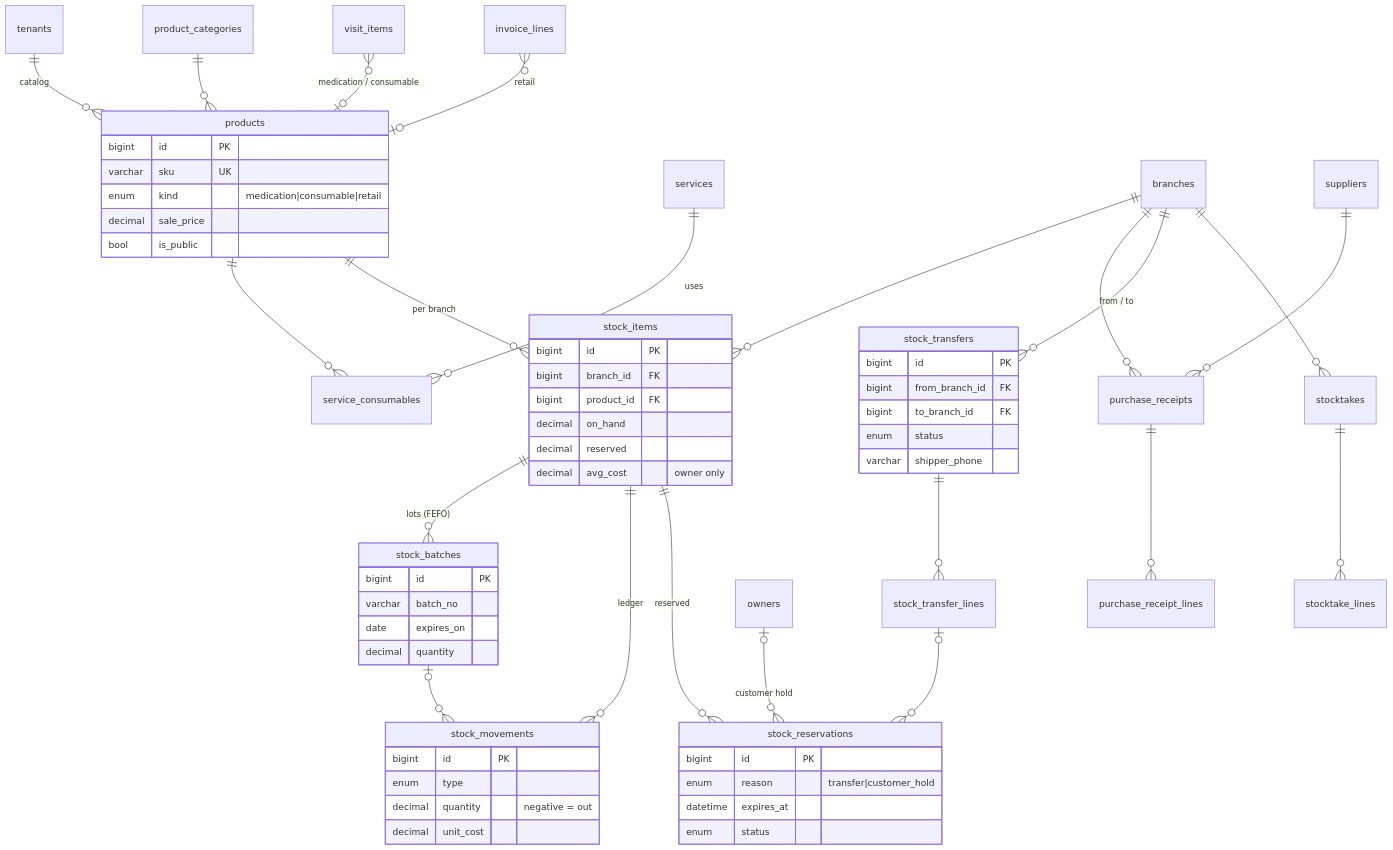
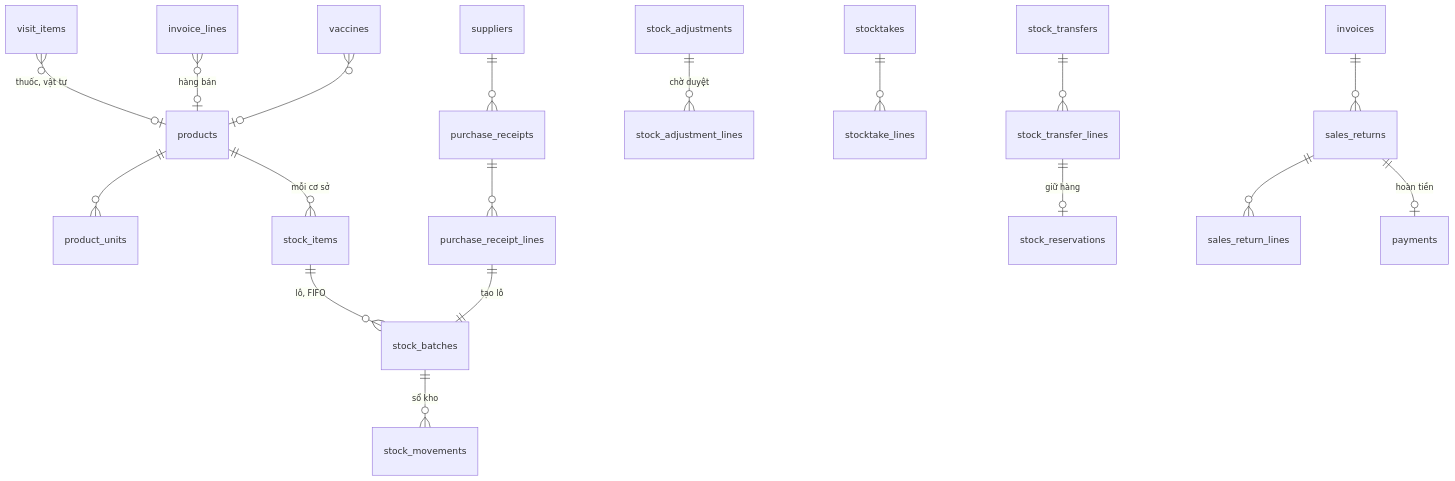
One commit to trancn-dev/pet-spa-booking-saas changed the second of 3 diagrams in docs/database/db-schema.md. Above: the diagram before and after it, drawn with Mermaid. The commit also changed other lines of this file and 57 other files, not shown here.

````diff
--- a/docs/database/db-schema.md
+++ b/docs/database/db-schema.md
@@ -283,65 +302,20 @@
 ```mermaid
 erDiagram
-    tenants ||--o{ products : catalog
-    product_categories ||--o{ products : ""
-    services ||--o{ service_consumables : "uses"
-    products ||--o{ service_consumables : ""
-    branches ||--o{ stock_items : ""
-    products ||--o{ stock_items : "per branch"
-    stock_items ||--o{ stock_batches : "lots (FEFO)"
-    stock_items ||--o{ stock_movements : "ledger"
-    stock_batches |o--o{ stock_movements : ""
-    suppliers ||--o{ purchase_receipts : ""
-    branches ||--o{ purchase_receipts : ""
-    purchase_receipts ||--o{ purchase_receipt_lines : ""
-    branches ||--o{ stock_transfers : "from / to"
-    stock_transfers ||--o{ stock_transfer_lines : ""
-    stock_transfer_lines |o--o{ stock_reservations : ""
-    stock_items ||--o{ stock_reservations : "reserved"
-    owners |o--o{ stock_reservations : "customer hold"
-    branches ||--o{ stocktakes : ""
-    stocktakes ||--o{ stocktake_lines : ""
-    visit_items }o--o| products : "medication / consumable"
-    invoice_lines }o--o| products : "retail"
-
-    products {
-        bigint id PK
-        varchar sku UK
-        enum kind "medication|consumable|retail"
-        decimal sale_price
-        bool is_public
-    }
-    stock_items {
-        bigint id PK
-        bigint branch_id FK
-        bigint product_id FK
-        decimal on_hand
-        decimal reserved
-        decimal avg_cost "owner only"
-    }
-    stock_batches {
-        bigint id PK
-        varchar batch_no
-        date expires_on
-        decimal quantity
-    }
-    stock_movements {
-        bigint id PK
-        enum type
-        decimal quantity "negative = out"
-        decimal unit_cost
-    }
-    stock_transfers {
-        bigint id PK
-        bigint from_branch_id FK
-        bigint to_branch_id FK
-        enum status
-        varchar shipper_phone
-    }
-    stock_reservations {
-        bigint id PK
-        enum reason "transfer|customer_hold"
-        datetime expires_at
-        enum status
-    }
+  products ||--o{ product_units : ""
+  products ||--o{ stock_items : "mỗi cơ sở"
+  stock_items ||--o{ stock_batches : "lô, FIFO"
+  stock_batches ||--o{ stock_movements : "sổ kho"
+  suppliers ||--o{ purchase_receipts : ""
+  purchase_receipts ||--o{ purchase_receipt_lines : ""
+  purchase_receipt_lines ||--|| stock_batches : "tạo lô"
+  stock_adjustments ||--o{ stock_adjustment_lines : "chờ duyệt"
+  stocktakes ||--o{ stocktake_lines : ""
+  stock_transfers ||--o{ stock_transfer_lines : ""
+  stock_transfer_lines ||--o| stock_reservations : "giữ hàng"
+  invoices ||--o{ sales_returns : ""
+  sales_returns ||--o{ sales_return_lines : ""
+  sales_returns ||--o| payments : "hoàn tiền"
+  visit_items }o--o| products : "thuốc, vật tư"
+  invoice_lines }o--o| products : "hàng bán"
+  vaccines }o--o| products : ""
 ```
````
